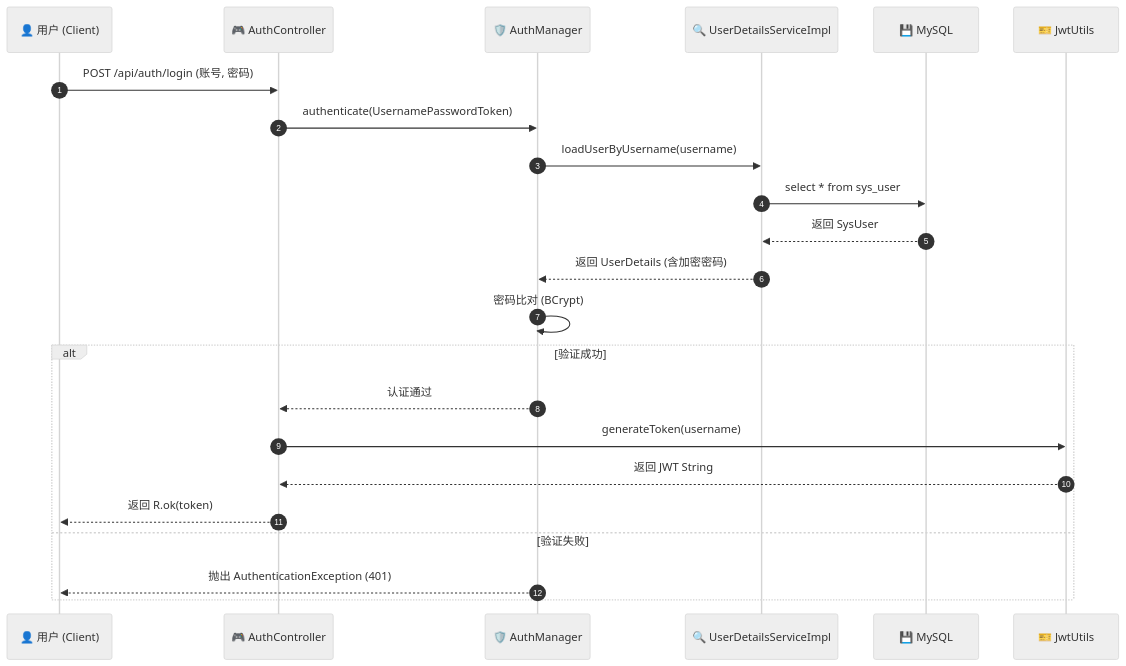
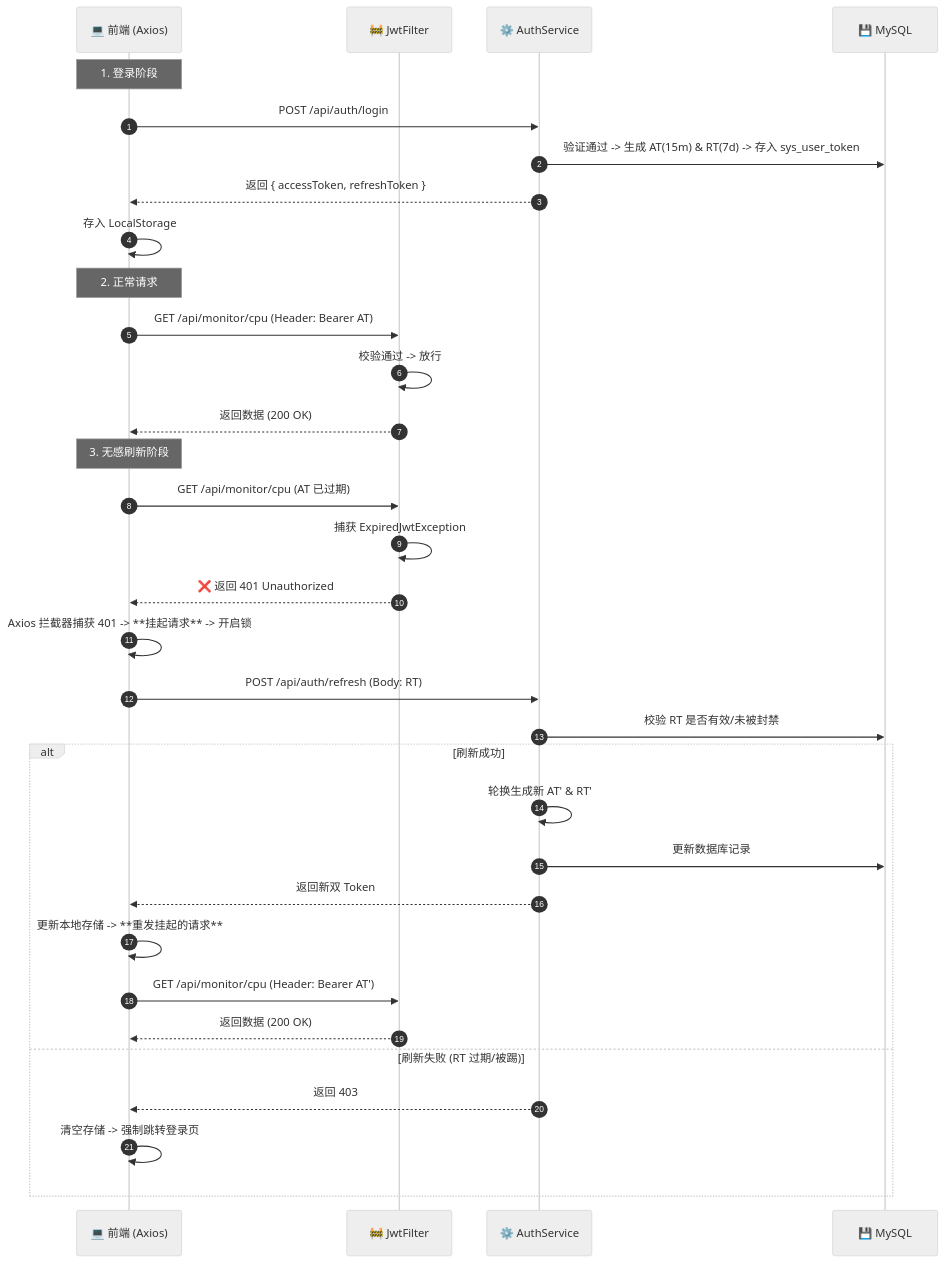
One commit to ouyangxu66/GraduationProject-ServerMonitor changed the first of 3 diagrams in monitor-project/SECURITY.md. Above: the diagram before and after it, drawn with Mermaid (neutral theme). The commit also changed other lines of this file and 4 other files, not shown here.

````diff
--- a/monitor-project/SECURITY.md
+++ b/monitor-project/SECURITY.md
@@ -46,27 +46,40 @@
 ```mermaid
 sequenceDiagram
     autonumber
-    participant User as 👤 用户 (Client)
-    participant AuthCtrl as 🎮 AuthController
-    participant AuthMgr as 🛡️ AuthManager
-    participant UserSvc as 🔍 UserDetailsServiceImpl
+    participant Client as 💻 前端 (Axios)
+    participant Filter as 🚧 JwtFilter
+    participant AuthSvc as ⚙️ AuthService
     participant DB as 💾 MySQL
-    participant JWT as 🎫 JwtUtils
 
-    User->>AuthCtrl: POST /api/auth/login (账号, 密码)
-    AuthCtrl->>AuthMgr: authenticate(UsernamePasswordToken)
-    AuthMgr->>UserSvc: loadUserByUsername(username)
-    UserSvc->>DB: select * from sys_user
-    DB-->>UserSvc: 返回 SysUser
-    UserSvc-->>AuthMgr: 返回 UserDetails (含加密密码)
-    AuthMgr->>AuthMgr: 密码比对 (BCrypt)
+    Note over Client: 1. 登录阶段
+    Client->>AuthSvc: POST /api/auth/login
+    AuthSvc->>DB: 验证通过 -> 生成 AT(15m) & RT(7d) -> 存入 sys_user_token
+    AuthSvc-->>Client: 返回 { accessToken, refreshToken }
+    Client->>Client: 存入 LocalStorage
+
+    Note over Client: 2. 正常请求
+    Client->>Filter: GET /api/monitor/cpu (Header: Bearer AT)
+    Filter->>Filter: 校验通过 -> 放行
+    Filter-->>Client: 返回数据 (200 OK)
+
+    Note over Client: 3. 无感刷新阶段
+    Client->>Filter: GET /api/monitor/cpu (AT 已过期)
+    Filter->>Filter: 捕获 ExpiredJwtException
+    Filter-->>Client: ❌ 返回 401 Unauthorized
     
-    alt 验证成功
-        AuthMgr-->>AuthCtrl: 认证通过
-        AuthCtrl->>JWT: generateToken(username)
-        JWT-->>AuthCtrl: 返回 JWT String
-        AuthCtrl-->>User: 返回 R.ok(token)
-    else 验证失败
-        AuthMgr-->>User: 抛出 AuthenticationException (401)
+    Client->>Client: Axios 拦截器捕获 401 -> **挂起请求** -> 开启锁
+    Client->>AuthSvc: POST /api/auth/refresh (Body: RT)
+    AuthSvc->>DB: 校验 RT 是否有效/未被封禁
+    
+    alt 刷新成功
+        AuthSvc->>AuthSvc: 轮换生成新 AT' & RT'
+        AuthSvc->>DB: 更新数据库记录
+        AuthSvc-->>Client: 返回新双 Token
+        Client->>Client: 更新本地存储 -> **重发挂起的请求**
+        Client->>Filter: GET /api/monitor/cpu (Header: Bearer AT')
+        Filter-->>Client: 返回数据 (200 OK)
+    else 刷新失败 (RT 过期/被踢)
+        AuthSvc-->>Client: 返回 403
+        Client->>Client: 清空存储 -> 强制跳转登录页
     end
 ```
````
